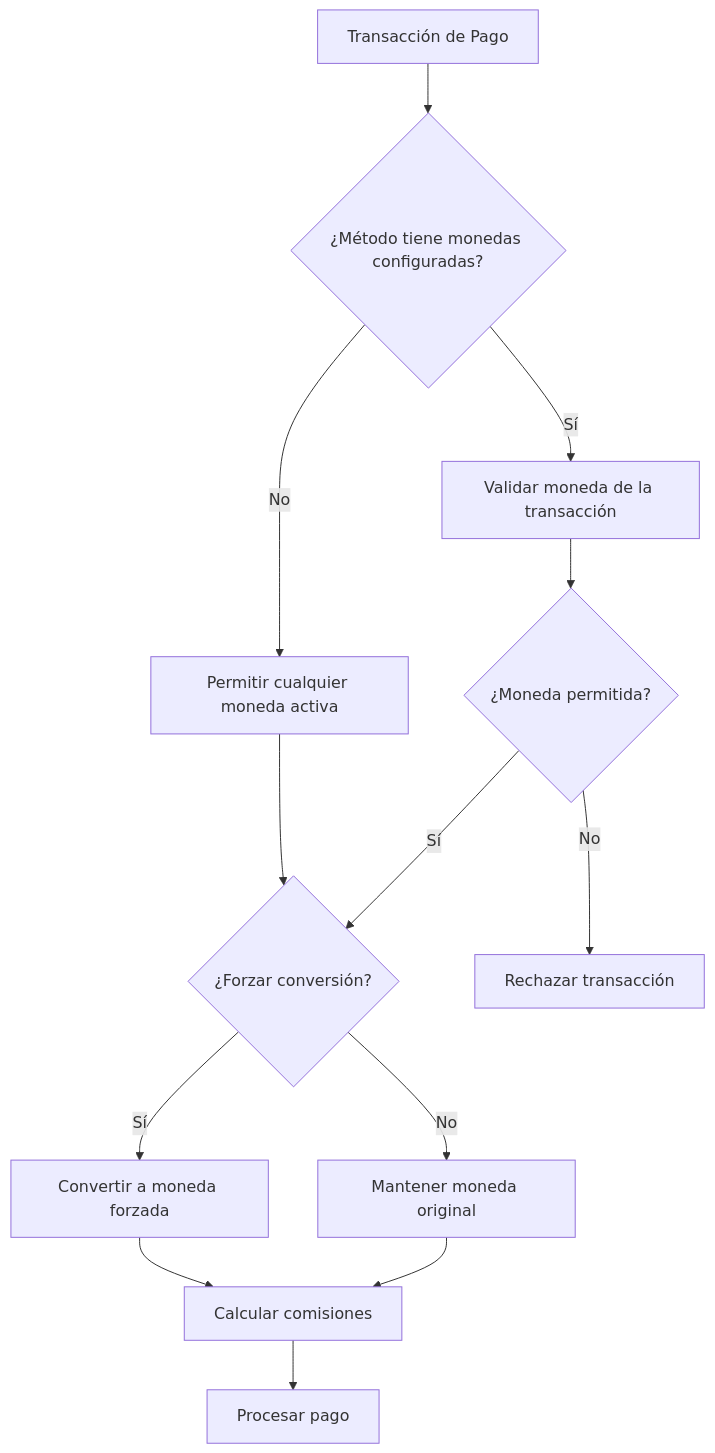
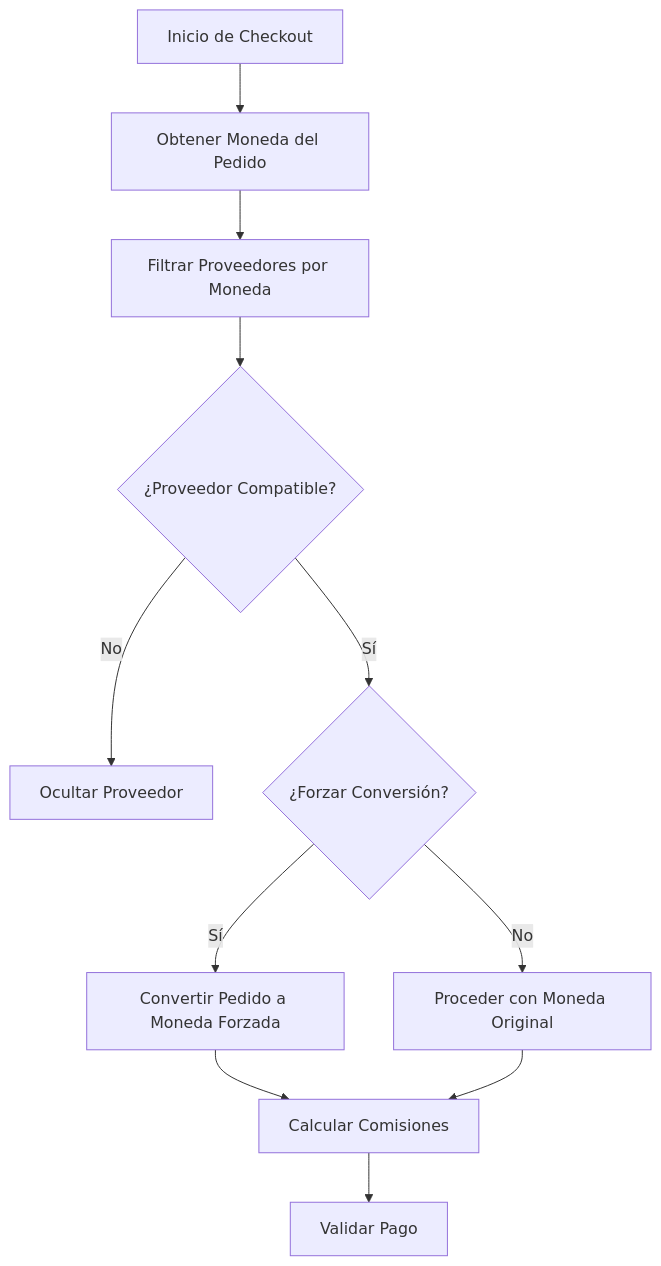
Before and after one commit to palbina/payment_currency: the diagram in README.md, drawn with Mermaid. The commit also changed other lines of this file, not shown here.

````diff
--- a/README.md
+++ b/README.md
@@ -78,15 +98,13 @@
 ```mermaid
 graph TD
-    A[Transacción de Pago] --> B{¿Método tiene monedas configuradas?}
-    B -->|Sí| C[Validar moneda de la transacción]
-    B -->|No| D[Permitir cualquier moneda activa]
-    C --> E{¿Moneda permitida?}
-    D --> F{¿Forzar conversión?}
-    E -->|Sí| F
-    E -->|No| G[Rechazar transacción]
-    F -->|Sí| H[Convertir a moneda forzada]
-    F -->|No| I[Mantener moneda original]
-    H --> J[Calcular comisiones]
-    I --> J
-    J --> K[Procesar pago]
+    A[Inicio de Checkout] --> B[Obtener Moneda del Pedido]
+    B --> C[Filtrar Proveedores por Moneda]
+    C --> D{¿Proveedor Compatible?}
+    D -->|No| E[Ocultar Proveedor]
+    D -->|Sí| F{¿Forzar Conversión?}
+    F -->|Sí| G[Convertir Pedido a Moneda Forzada]
+    F -->|No| H[Proceder con Moneda Original]
+    G --> I[Calcular Comisiones]
+    H --> I
+    I --> J[Validar Pago]
 ```
````
